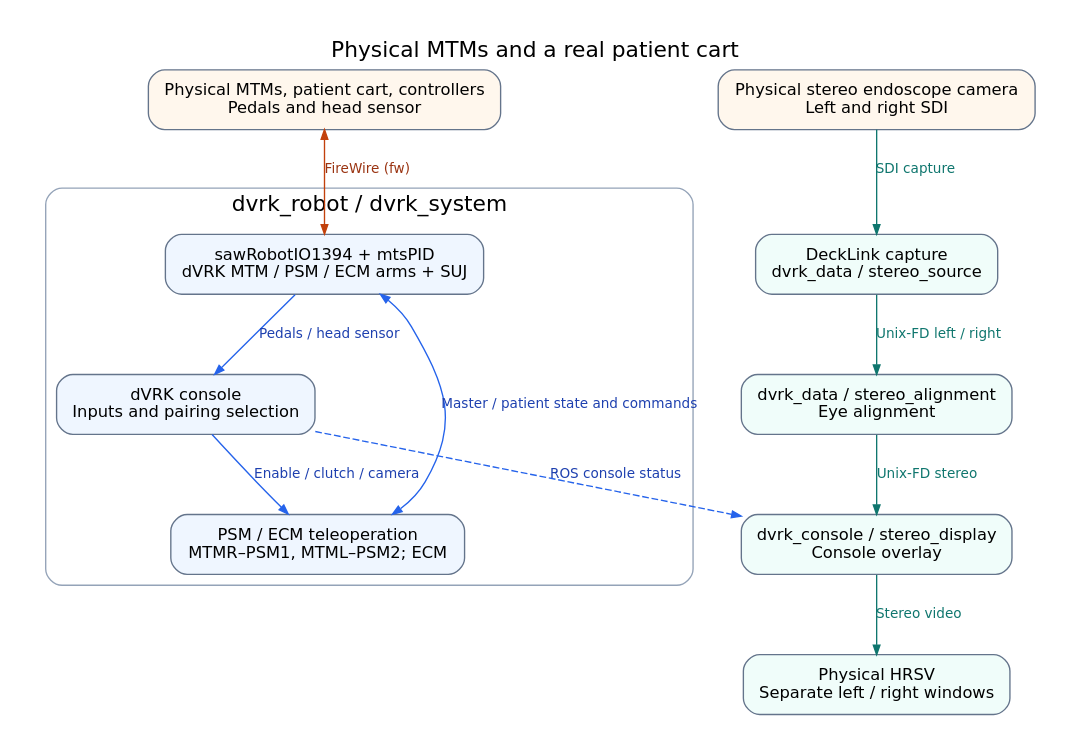
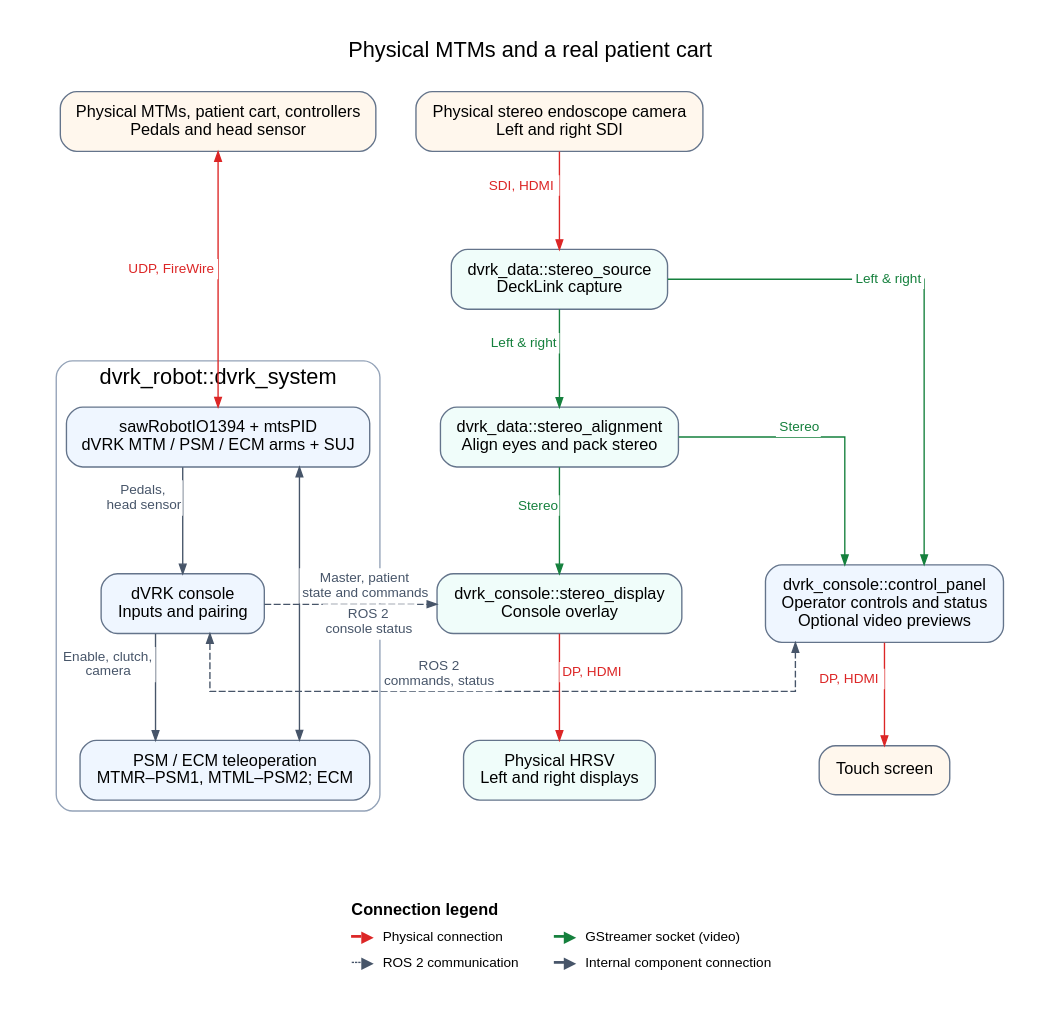
One commit to jhu-dvrk/dvrk-readthedocs changed the diagram in docs/images/usage/mtms-real-patient-cart.dot. Above: the diagram before and after it, drawn with Graphviz. The commit also changed 9 other files, not shown here.

Commit message:
updated graphs

```diff
--- a/docs/images/usage/mtms-real-patient-cart.dot
+++ b/docs/images/usage/mtms-real-patient-cart.dot
@@ -1,33 +1,69 @@
 digraph mtms_real {
-  graph [rankdir=TB, newrank=true, bgcolor="white", pad=0.25, nodesep=0.6, ranksep=0.65,
-         fontname="DejaVu Sans", fontsize=16, label="Physical MTMs and a real patient cart", labelloc=t];
+  graph [rankdir=TB, splines=ortho, newrank=true, bgcolor="white", pad=0.25, nodesep=0.4, ranksep=1.0,
+         fontname="Arial,Helvetica,sans-serif", fontsize=16, label="Physical MTMs and a real patient cart", labelloc=t];
   node [shape=box, style="rounded,filled", fillcolor="#eff6ff", color="#64748b",
-        fontname="DejaVu Sans", fontsize=12, margin="0.16,0.12"];
-  edge [color="#2563eb", fontcolor="#1e40af", fontname="DejaVu Sans", fontsize=10, arrowsize=0.7];
+        fontname="Arial,Helvetica,sans-serif", fontsize=12, margin="0.16,0.12"];
+  edge [style=solid, color="#475569", fontcolor="#475569", fontname="Arial,Helvetica,sans-serif", fontsize=10, arrowsize=0.7];
 
-  hardware [label="Physical MTMs, patient cart, controllers\nPedals and head sensor", fillcolor="#fff7ed"];
-  subgraph cluster_system {
-    label="dvrk_robot / dvrk_system"; color="#94a3b8"; style=rounded;
-    arms [label="sawRobotIO1394 + mtsPID\ndVRK MTM / PSM / ECM arms + SUJ"];
-    console [label="dVRK console\nInputs and pairing selection"];
-    teleop [label="PSM / ECM teleoperation\nMTMR–PSM1, MTML–PSM2; ECM"];
-    arms -> console [label="Pedals / head sensor"];
-    arms -> teleop [dir=both, label="Master / patient state and commands"];
-    console -> teleop [label="Enable / clutch / camera"];
+  // Keep the three columns ordered; cross-column links never set ranks.
+  subgraph cluster_control {
+    label=""; style=invis;
+    hardware [label="Physical MTMs, patient cart, controllers\nPedals and head sensor", fillcolor="#fff7ed", group="control"];
+    subgraph cluster_system {
+      label="dvrk_robot::dvrk_system"; color="#94a3b8"; style=rounded;
+      arms [label="sawRobotIO1394 + mtsPID\ndVRK MTM / PSM / ECM arms + SUJ", group="control"];
+      console [label="dVRK console\nInputs and pairing", group="control"];
+      teleop [label="PSM / ECM teleoperation\nMTMR–PSM1, MTML–PSM2; ECM", group="control"];
+      arms -> console [xlabel=<<TABLE BORDER="0" CELLBORDER="0" CELLSPACING="0" CELLPADDING="2" BGCOLOR="white"><TR><TD>Pedals,<BR/>head sensor</TD></TR></TABLE>>];
+      arms -> teleop [dir=both, xlabel=<<TABLE BORDER="0" CELLBORDER="0" CELLSPACING="0" CELLPADDING="2" BGCOLOR="white"><TR><TD>Master, patient<BR/>state and commands</TD></TR></TABLE>>];
+      console -> teleop [xlabel=<<TABLE BORDER="0" CELLBORDER="0" CELLSPACING="0" CELLPADDING="2" BGCOLOR="white"><TR><TD>Enable, clutch,<BR/>camera</TD></TR></TABLE>>];
+    }
   }
-  camera [label="Physical stereo endoscope camera\nLeft and right SDI", fillcolor="#fff7ed"];
-  source [label="DeckLink capture\ndvrk_data / stereo_source", fillcolor="#f0fdfa"];
-  alignment [label="dvrk_data / stereo_alignment\nEye alignment", fillcolor="#f0fdfa"];
-  display [label="dvrk_console / stereo_display\nConsole overlay", fillcolor="#f0fdfa"];
-  viewer [label="Physical HRSV\nSeparate left / right windows", fillcolor="#f0fdfa"];
-  hardware -> arms [dir=both, label="FireWire (fw)", color="#c2410c", fontcolor="#9a3412"];
-  camera -> source [label="SDI capture", color="#0f766e", fontcolor="#0f766e"];
-  source -> alignment [label="Unix-FD left / right", color="#0f766e", fontcolor="#0f766e"];
-  alignment -> display [label="Unix-FD stereo", color="#0f766e", fontcolor="#0f766e"];
-  console -> display [label="ROS console status", style=dashed, constraint=false];
-  display -> viewer [label="Stereo video", color="#0f766e", fontcolor="#0f766e"];
-  {rank=same; hardware; camera;}
-  {rank=same; arms; source;}
-  {rank=same; console; alignment;}
-  {rank=same; teleop; display;}
+  subgraph cluster_video {
+    label=""; style=invis;
+    camera [label="Physical stereo endoscope camera\nLeft and right SDI", fillcolor="#fff7ed", group="video"];
+    source [label="dvrk_data::stereo_source\nDeckLink capture", fillcolor="#f0fdfa", group="video"];
+    alignment [label="dvrk_data::stereo_alignment\nAlign eyes and pack stereo", fillcolor="#f0fdfa", group="video"];
+    display [label="dvrk_console::stereo_display\nConsole overlay", fillcolor="#f0fdfa", group="video"];
+    viewer [label="Physical HRSV\nLeft and right displays", fillcolor="#f0fdfa", group="video"];
+  }
+  subgraph cluster_panel {
+    label=""; style=invis;
+    control_panel [label="dvrk_console::control_panel\nOperator controls and status\nOptional video previews", group="panel"];
+    touchscreen [label="Touch screen", fillcolor="#fff7ed", group="panel"];
+  }
+
+  hardware -> arms [dir=both, xlabel=<<TABLE BORDER="0" CELLBORDER="0" CELLSPACING="0" CELLPADDING="2" BGCOLOR="white"><TR><TD>UDP, FireWire</TD></TR></TABLE>>, color="#dc2626", fontcolor="#dc2626", minlen=2];
+  camera -> source [xlabel=<<TABLE BORDER="0" CELLBORDER="0" CELLSPACING="0" CELLPADDING="2" BGCOLOR="white"><TR><TD>SDI, HDMI</TD></TR></TABLE>>, color="#dc2626", fontcolor="#dc2626"];
+  source -> alignment [xlabel=<<TABLE BORDER="0" CELLBORDER="0" CELLSPACING="0" CELLPADDING="2" BGCOLOR="white"><TR><TD>Left &amp; right</TD></TR></TABLE>>, color="#15803d", fontcolor="#15803d"];
+  alignment -> display [xlabel=<<TABLE BORDER="0" CELLBORDER="0" CELLSPACING="0" CELLPADDING="2" BGCOLOR="white"><TR><TD>Stereo</TD></TR></TABLE>>, color="#15803d", fontcolor="#15803d"];
+  console -> display [xlabel=<<TABLE BORDER="0" CELLBORDER="0" CELLSPACING="0" CELLPADDING="2" BGCOLOR="white"><TR><TD>ROS 2<BR/>console status</TD></TR></TABLE>>, style=dashed, constraint=false];
+  display -> viewer [xlabel=<<TABLE BORDER="0" CELLBORDER="0" CELLSPACING="0" CELLPADDING="2" BGCOLOR="white"><TR><TD>DP, HDMI</TD></TR></TABLE>>, color="#dc2626", fontcolor="#dc2626"];
+  console -> control_panel [dir=both, xlabel=<<TABLE BORDER="0" CELLBORDER="0" CELLSPACING="0" CELLPADDING="2" BGCOLOR="white"><TR><TD>ROS 2<BR/>commands, status</TD></TR></TABLE>>, style=dashed, constraint=false];
+  source -> control_panel [xlabel=<<TABLE BORDER="0" CELLBORDER="0" CELLSPACING="0" CELLPADDING="2" BGCOLOR="white"><TR><TD>Left &amp; right</TD></TR></TABLE>>, color="#15803d", fontcolor="#15803d", constraint=false];
+  alignment -> control_panel [xlabel=<<TABLE BORDER="0" CELLBORDER="0" CELLSPACING="0" CELLPADDING="2" BGCOLOR="white"><TR><TD>Stereo</TD></TR></TABLE>>, color="#15803d", fontcolor="#15803d", constraint=false];
+  control_panel -> touchscreen [xlabel=<<TABLE BORDER="0" CELLBORDER="0" CELLSPACING="0" CELLPADDING="2" BGCOLOR="white"><TR><TD>DP, HDMI</TD></TR></TABLE>>, color="#dc2626", fontcolor="#dc2626"];
+
+
+  // Align the implicit columns at their bottom nodes.
+  {rank=same; teleop; viewer; touchscreen;}
+  column_order [shape=point, width=0, height=0, label="", style=invis, ordering=out];
+  column_order -> teleop [style=invis];
+  column_order -> viewer [style=invis];
+  column_order -> touchscreen [style=invis];
+
+  // Keep this legend consistent with readme-dot.md; include only types used above.
+  subgraph legend_rank {
+    rank=sink;
+    legend [shape=plain, style="", margin=0, label=<
+      <TABLE BORDER="0" CELLBORDER="0" CELLSPACING="0" CELLPADDING="3">
+        <TR><TD COLSPAN="5" ALIGN="LEFT"><B>Connection legend</B></TD></TR>
+        <TR><TD><FONT COLOR="#dc2626">━▶</FONT></TD><TD ALIGN="LEFT"><FONT POINT-SIZE="10">Physical connection</FONT></TD><TD WIDTH="20"></TD><TD><FONT COLOR="#15803d">━▶</FONT></TD><TD ALIGN="LEFT"><FONT POINT-SIZE="10">GStreamer socket (video)</FONT></TD></TR>
+        <TR><TD><FONT COLOR="#475569">┄▶</FONT></TD><TD ALIGN="LEFT"><FONT POINT-SIZE="10">ROS 2 communication</FONT></TD><TD WIDTH="20"></TD><TD><FONT COLOR="#475569">━▶</FONT></TD><TD ALIGN="LEFT"><FONT POINT-SIZE="10">Internal component connection</FONT></TD></TR>
+      </TABLE>
+    >];
+  }
+  teleop -> legend [style=invis];
+  viewer -> legend [style=invis];
+  touchscreen -> legend [style=invis];
 }
```
